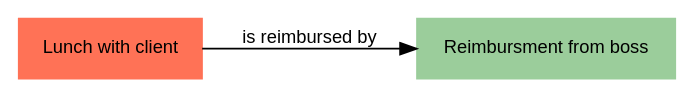
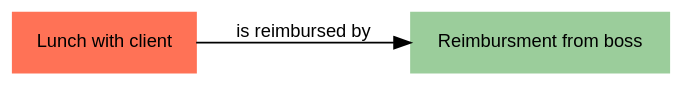
The first of 2 diagrams in docs/advanced/links.rst (firefly-iii/docs), drawn with Graphviz before and after one commit. The commit also changed other lines of this file and 1 other file, not shown here.

Commit message:
make drawings transparent.

```diff
--- a/docs/advanced/links.rst
+++ b/docs/advanced/links.rst
@@ -9,12 +9,12 @@
 .. graphviz::
 
    digraph foo {
-      graph [fontname = "helvetica"]; 
+      graph [fontname = "helvetica",bgcolor=transparent]; 
       node [fontname = "helvetica", fontsize=11, style=filled, shape=rounded];
       edge [fontname = "helvetica", fontsize=11];
       rankdir="LR";
       a[label="Lunch with client", color=coral1];
       b[label="Reimbursment from boss", color=darkseagreen3]
 
       a -> b[label="is reimbursed by"]
    }
```
